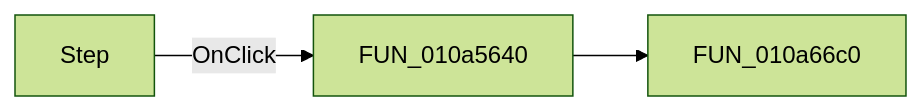
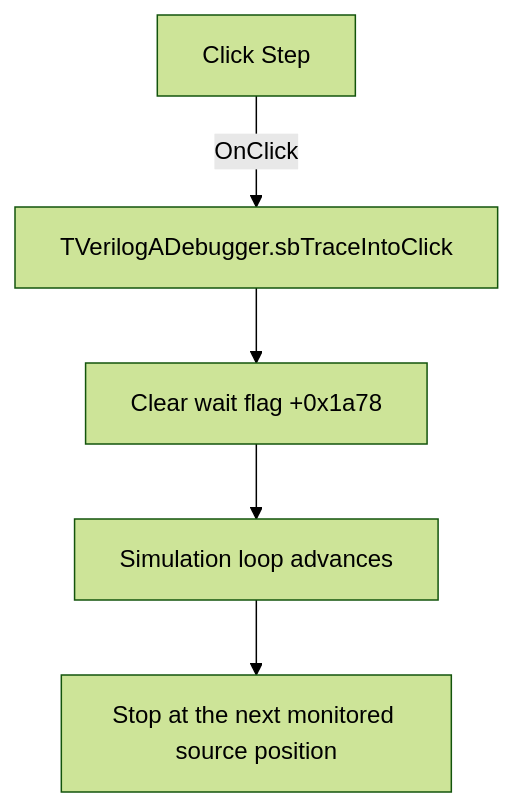
One commit to MovGP0/TIARA changed the diagram in docs/ui-controls/verilogadebugger/sbtraceinto-be5cba7a2c.md. Above: the diagram before and after it, drawn with Mermaid (forest theme). The commit also changed other lines of this file and 387 other files, not shown here.

````diff
--- a/docs/ui-controls/verilogadebugger/sbtraceinto-be5cba7a2c.md
+++ b/docs/ui-controls/verilogadebugger/sbtraceinto-be5cba7a2c.md
@@ -27,5 +29,7 @@
 ```mermaid
-flowchart LR
-    control["Step"] -->|OnClick| handler["FUN_010a5640"]
-    handler --> call1["FUN_010a66c0"]
+flowchart TD
+    control["Click Step"] -->|"OnClick"| handler["TVerilogADebugger.sbTraceIntoClick"]
+    handler --> release["Clear wait flag +0x1a78"]
+    release --> advance["Simulation loop advances"]
+    advance --> next["Stop at the next monitored source position"]
 ```
````
